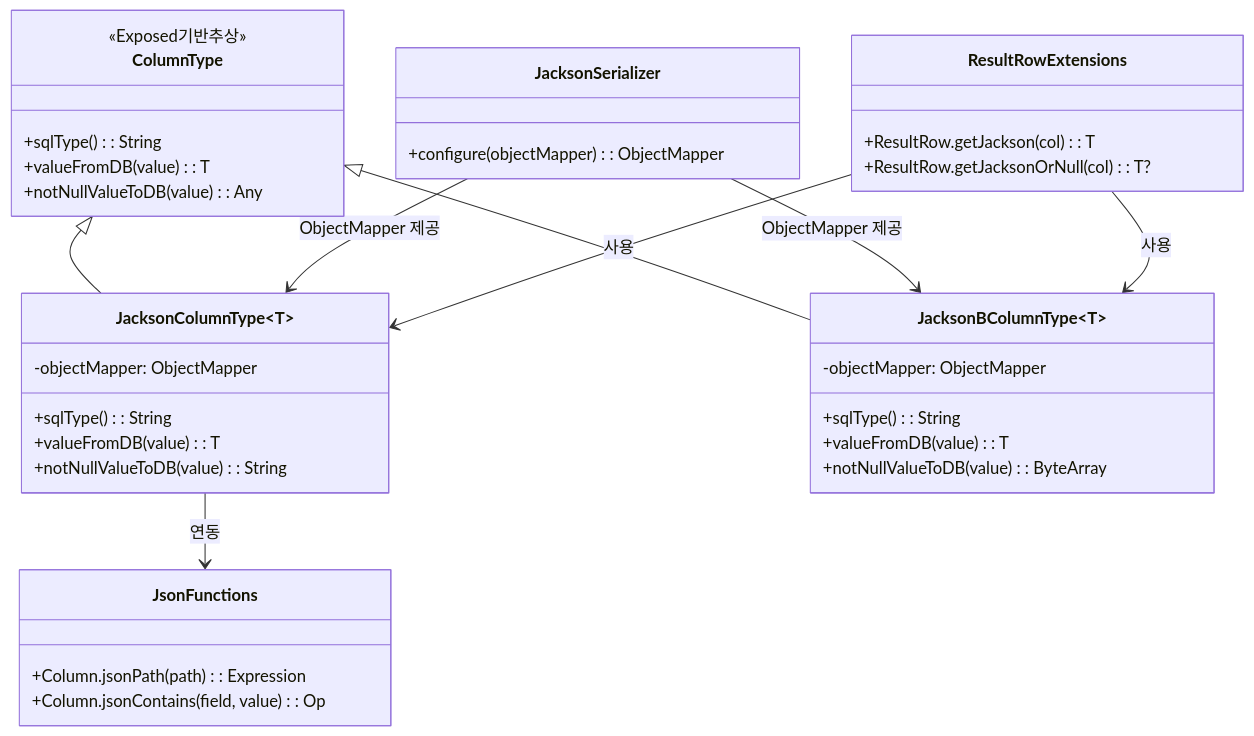
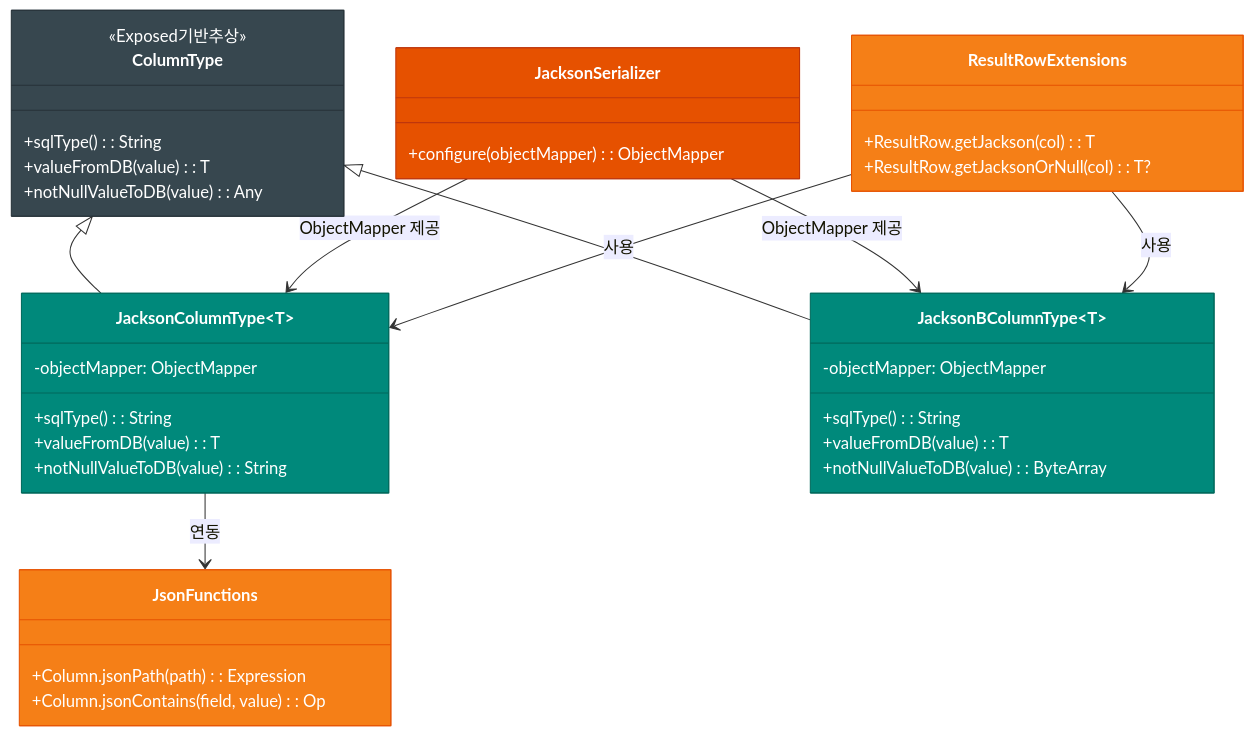
The second of 3 diagrams in data/exposed-jackson3/README.ko.md (bluetape4k/bluetape4k-projects), drawn with Mermaid before and after one commit. The commit also changed other lines of this file and 221 other files, not shown here.

First line of the commit message:
docs: 전체 모듈 README UML 다이어그램 보강 및 색상 업그레이드

````diff
--- a/data/exposed-jackson3/README.ko.md
+++ b/data/exposed-jackson3/README.ko.md
@@ -145,40 +148,47 @@
 ```mermaid
 classDiagram
     class ColumnType {
         <<Exposed기반추상>>
         +sqlType(): String
         +valueFromDB(value): T
         +notNullValueToDB(value): Any
     }
     class JacksonColumnType~T~ {
         -objectMapper: ObjectMapper
         +sqlType(): String
         +valueFromDB(value): T
         +notNullValueToDB(value): String
     }
     class JacksonBColumnType~T~ {
         -objectMapper: ObjectMapper
         +sqlType(): String
         +valueFromDB(value): T
         +notNullValueToDB(value): ByteArray
     }
     class JacksonSerializer {
         +configure(objectMapper): ObjectMapper
     }
     class JsonFunctions {
         +Column.jsonPath(path): Expression
         +Column.jsonContains(field, value): Op
     }
     class ResultRowExtensions {
         +ResultRow.getJackson(col): T
         +ResultRow.getJacksonOrNull(col): T?
     }
 
     ColumnType <|-- JacksonColumnType
     ColumnType <|-- JacksonBColumnType
     JacksonSerializer --> JacksonColumnType : ObjectMapper 제공
     JacksonSerializer --> JacksonBColumnType : ObjectMapper 제공
     JacksonColumnType --> JsonFunctions : 연동
     ResultRowExtensions --> JacksonColumnType : 사용
     ResultRowExtensions --> JacksonBColumnType : 사용
+
+    style ColumnType fill:#37474F,stroke:#263238,color:#FFFFFF
+    style JacksonColumnType fill:#00897B,stroke:#00695C,color:#FFFFFF
+    style JacksonBColumnType fill:#00897B,stroke:#00695C,color:#FFFFFF
+    style JacksonSerializer fill:#E65100,stroke:#BF360C,color:#FFFFFF
+    style JsonFunctions fill:#F57F17,stroke:#E65100,color:#FFFFFF
+    style ResultRowExtensions fill:#F57F17,stroke:#E65100,color:#FFFFFF
 ```
````
